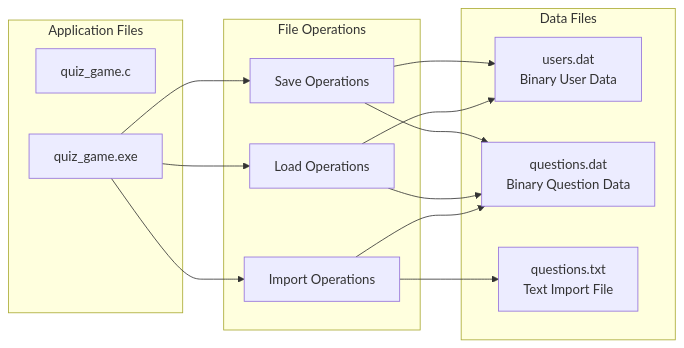
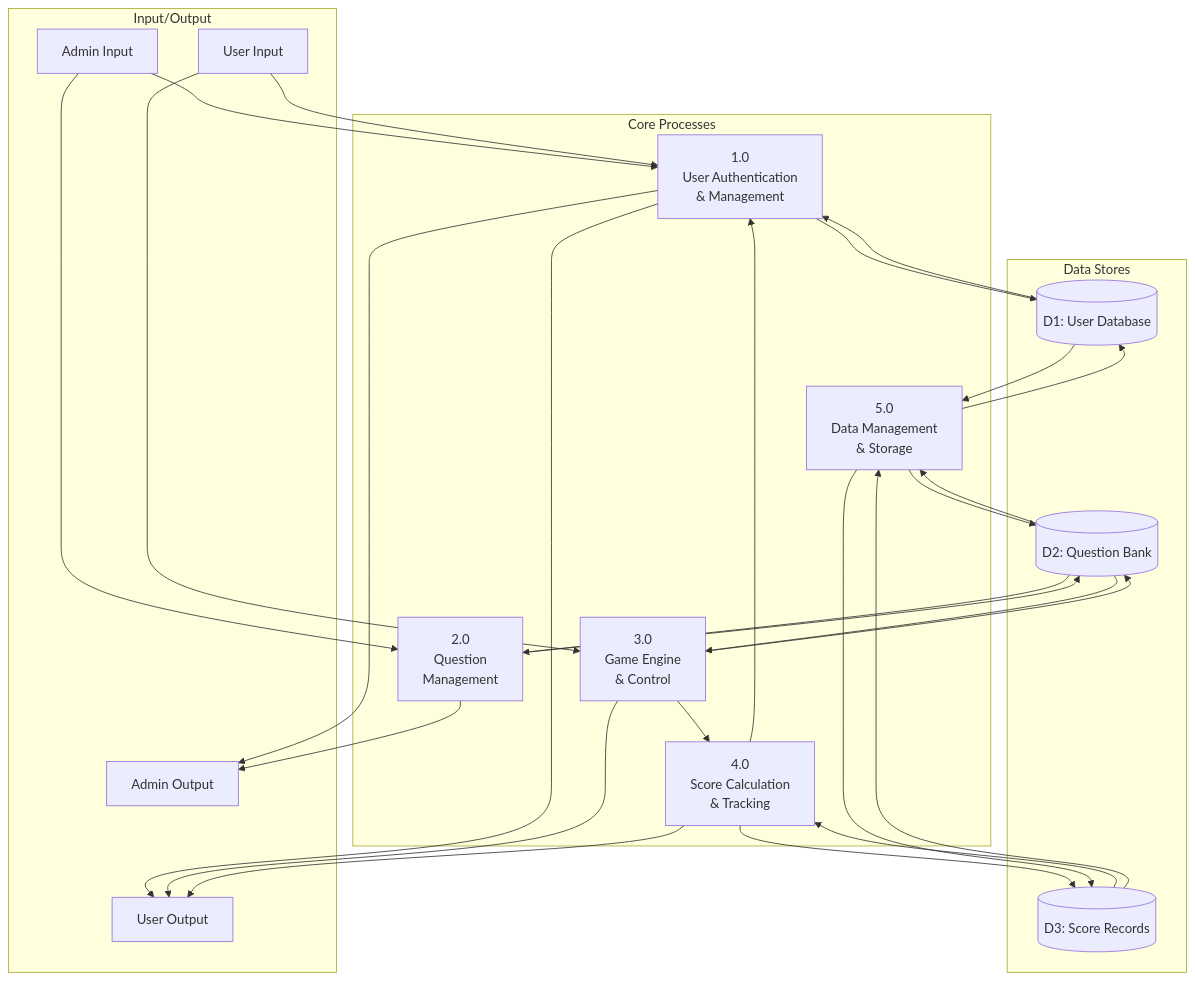
One commit to saurab997/quizGame changed the fourth of 6 diagrams in diagram.md. Above: the diagram before and after it, drawn with Mermaid. The commit also changed other lines of this file and 3 other files, not shown here.

Commit message:
New diagrams

````diff
--- a/diagram.md
+++ b/diagram.md
@@ -189,30 +548,54 @@
 ```mermaid
-graph LR
-    subgraph "Application Files"
-        MAIN[quiz_game.c]
-        EXE[quiz_game.exe]
+graph TB
+    subgraph "Input/Output"
+        ADMIN_IN[Admin Input]
+        USER_IN[User Input]
+        ADMIN_OUT[Admin Output]
+        USER_OUT[User Output]
     end
     
-    subgraph "Data Files"
-        USERS[users.dat<br/>Binary User Data]
-        QUESTIONS[questions.dat<br/>Binary Question Data]
-        IMPORT[questions.txt<br/>Text Import File]
+    subgraph "Core Processes"
+        P1[1.0<br/>User Authentication<br/>& Management]
+        P2[2.0<br/>Question<br/>Management]
+        P3[3.0<br/>Game Engine<br/>& Control]
+        P4[4.0<br/>Score Calculation<br/>& Tracking]
+        P5[5.0<br/>Data Management<br/>& Storage]
     end
     
-    subgraph "File Operations"
-        SAVE[Save Operations]
-        LOAD[Load Operations]
-        IMPORT_OP[Import Operations]
+    subgraph "Data Stores"
+        D1[(D1: User Database)]
+        D2[(D2: Question Bank)]
+        D3[(D3: Score Records)]
     end
     
-    EXE --> SAVE
-    EXE --> LOAD
-    EXE --> IMPORT_OP
+    ADMIN_IN --> P1
+    ADMIN_IN --> P2
+    USER_IN --> P1
+    USER_IN --> P3
     
-    SAVE --> USERS
-    SAVE --> QUESTIONS
-    LOAD --> USERS
-    LOAD --> QUESTIONS
-    IMPORT_OP --> IMPORT
-    IMPORT_OP --> QUESTIONS
+    P1 --> D1
+    D1 --> P1
+    P1 --> ADMIN_OUT
+    P1 --> USER_OUT
+    
+    P2 --> D2
+    D2 --> P2
+    P2 --> ADMIN_OUT
+    
+    P3 --> D2
+    D2 --> P3
+    P3 --> P4
+    P3 --> USER_OUT
+    
+    P4 --> D3
+    D3 --> P4
+    P4 --> P1
+    P4 --> USER_OUT
+    
+    P5 --> D1
+    P5 --> D2
+    P5 --> D3
+    D1 --> P5
+    D2 --> P5
+    D3 --> P5
 ```
````
